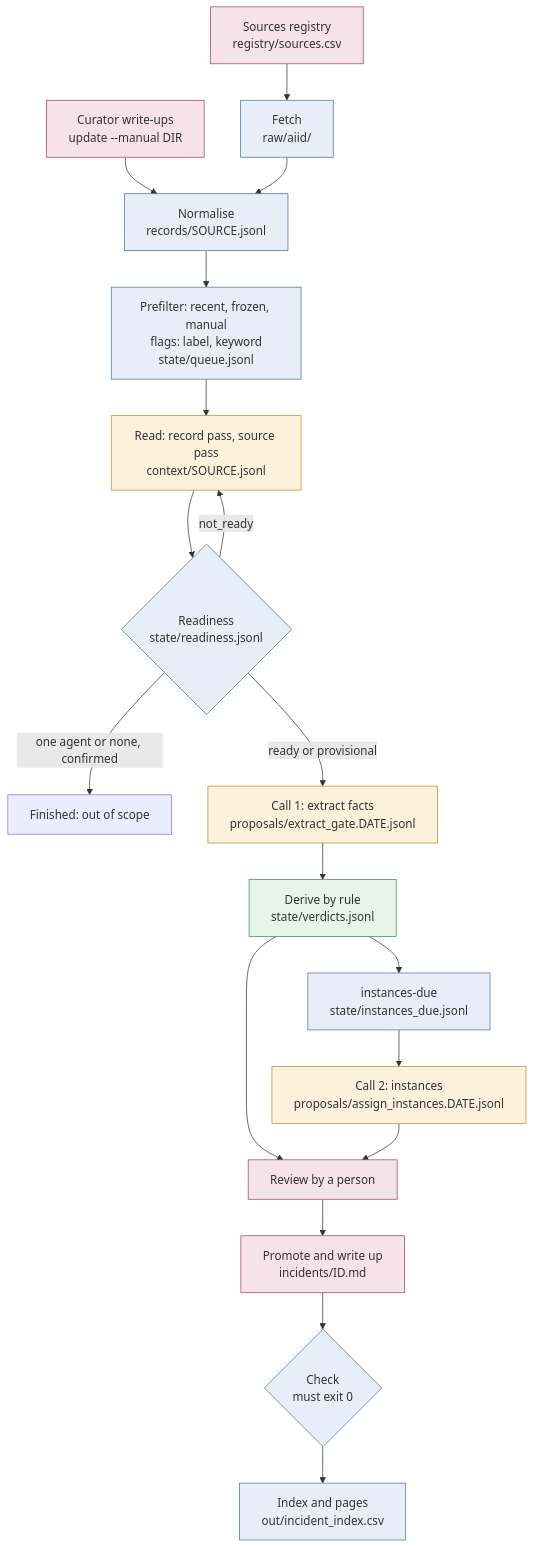
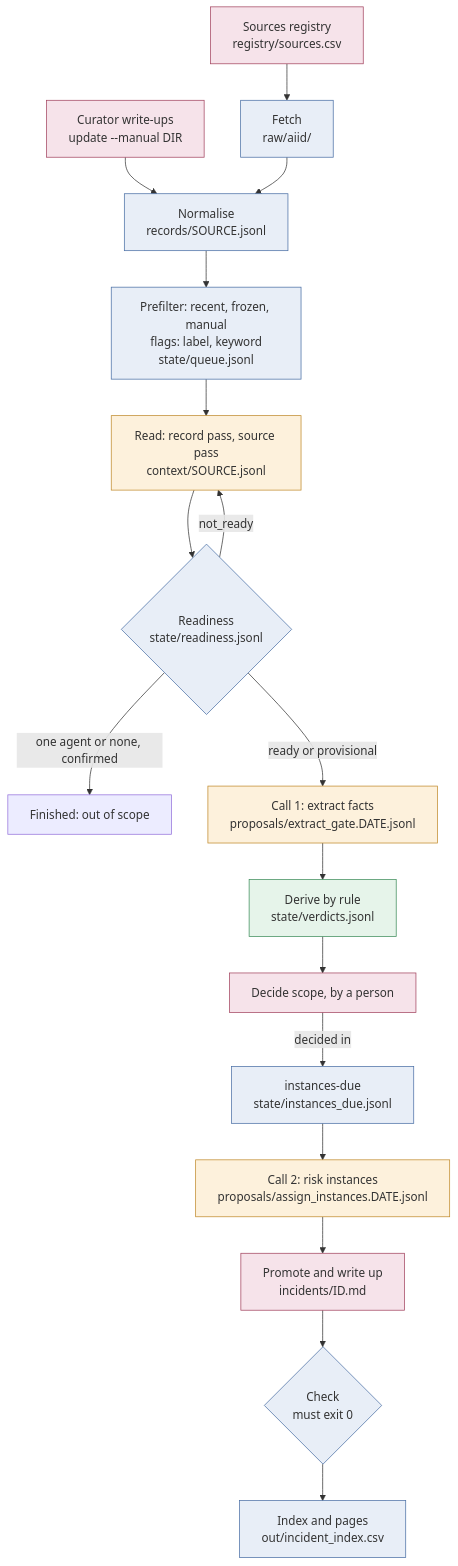
One commit to rpast/Mind-the-Interagent-Gap changed the first of 2 diagrams in mvp/docs/how_it_works.md. Above: the diagram before and after it, drawn with Mermaid. The commit also changed other lines of this file and 12 other files, not shown here.

First line of the commit message:
mvp: dataflow map as a sequence, risk instances after the scope decision

````diff
--- a/mvp/docs/how_it_works.md
+++ b/mvp/docs/how_it_works.md
@@ -289,28 +289,27 @@
 ```mermaid
 flowchart TD
   REG["Sources registry<br/>registry/sources.csv"] --> FETCH["Fetch<br/>raw/aiid/"]
   MAN["Curator write-ups<br/>update --manual DIR"] --> NORM
   FETCH --> NORM["Normalise<br/>records/SOURCE.jsonl"]
   NORM --> PRE["Prefilter: recent, frozen, manual<br/>flags: label, keyword<br/>state/queue.jsonl"]
   PRE --> READ["Read: record pass, source pass<br/>context/SOURCE.jsonl"]
   READ --> RDY{"Readiness<br/>state/readiness.jsonl"}
   RDY -->|"not_ready"| READ
   RDY -->|"one agent or none, confirmed"| GONE["Finished: out of scope"]
   RDY -->|"ready or provisional"| C1["Call 1: extract facts<br/>proposals/extract_gate.DATE.jsonl"]
   C1 --> DER["Derive by rule<br/>state/verdicts.jsonl"]
-  DER --> DUE["instances-due<br/>state/instances_due.jsonl"]
-  DUE --> C2["Call 2: instances<br/>proposals/assign_instances.DATE.jsonl"]
-  DER --> REV["Review by a person"]
-  C2 --> REV
-  REV --> PROM["Promote and write up<br/>incidents/ID.md"]
+  DER --> REV["Decide scope, by a person"]
+  REV -->|"decided in"| DUE["instances-due<br/>state/instances_due.jsonl"]
+  DUE --> C2["Call 2: risk instances<br/>proposals/assign_instances.DATE.jsonl"]
+  C2 --> PROM["Promote and write up<br/>incidents/ID.md"]
   PROM --> CHK{"Check<br/>must exit 0"}
   CHK --> IDX["Index and pages<br/>out/incident_index.csv"]
   classDef script fill:#e8eef7,stroke:#4a6fa5
   classDef model fill:#fdf1dc,stroke:#c08a2b
   classDef rule fill:#e6f4ea,stroke:#3c8d5a
   classDef person fill:#f6e3ea,stroke:#a3445f
   class FETCH,NORM,PRE,RDY,DUE,CHK,IDX script
   class READ,C1,C2 model
   class DER rule
   class REG,MAN,REV,PROM person
 ```
````
